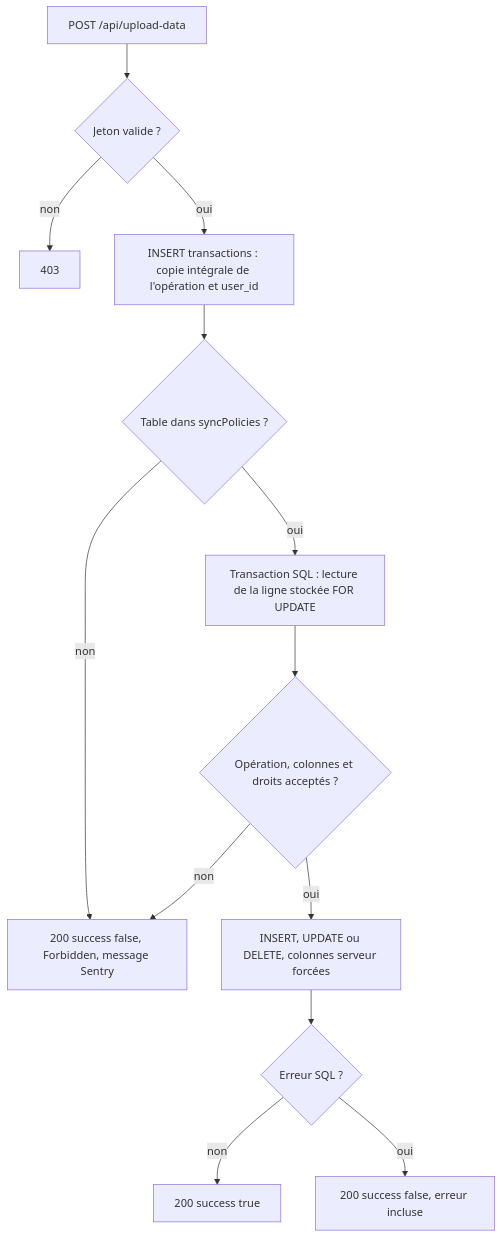
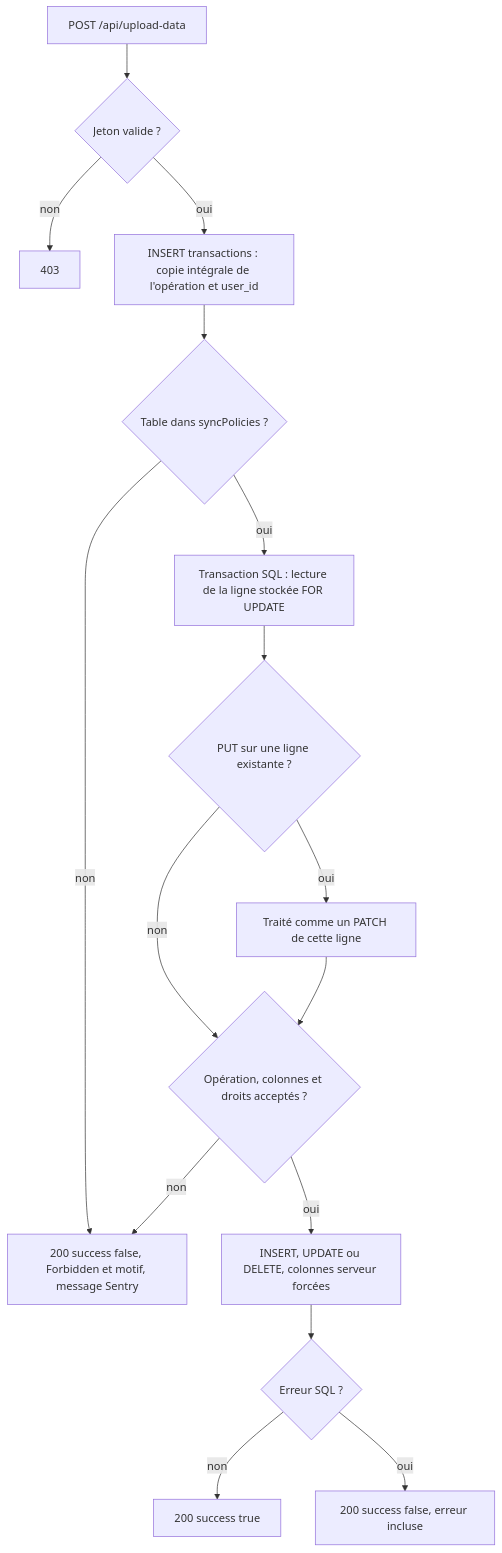
The second of 5 diagrams in docs/04-backend-api.md (betagouv/patrinotes), drawn with Mermaid before and after one commit. The commit also changed other lines of this file and 18 other files, not shown here.

````diff
--- a/docs/04-backend-api.md
+++ b/docs/04-backend-api.md
@@ -327,15 +342,18 @@
 ```mermaid
 flowchart TD
     A["POST /api/upload-data"] --> B{"Jeton valide ?"}
     B -- non --> X["403"]
     B -- oui --> C["INSERT transactions : copie intégrale de l'opération et user_id"]
     C --> D{"Table dans syncPolicies ?"}
-    D -- non --> R["200 success false, Forbidden, message Sentry"]
+    D -- non --> R["200 success false, Forbidden et motif, message Sentry"]
     D -- oui --> T["Transaction SQL : lecture de la ligne stockée FOR UPDATE"]
-    T --> E{"Opération, colonnes et droits acceptés ?"}
+    T --> P{"PUT sur une ligne existante ?"}
+    P -- oui --> P2["Traité comme un PATCH de cette ligne"]
+    P -- non --> E
+    P2 --> E{"Opération, colonnes et droits acceptés ?"}
     E -- non --> R
     E -- oui --> F["INSERT, UPDATE ou DELETE, colonnes serveur forcées"]
     F --> K{"Erreur SQL ?"}
     K -- non --> L["200 success true"]
     K -- oui --> M["200 success false, erreur incluse"]
 ```
````
